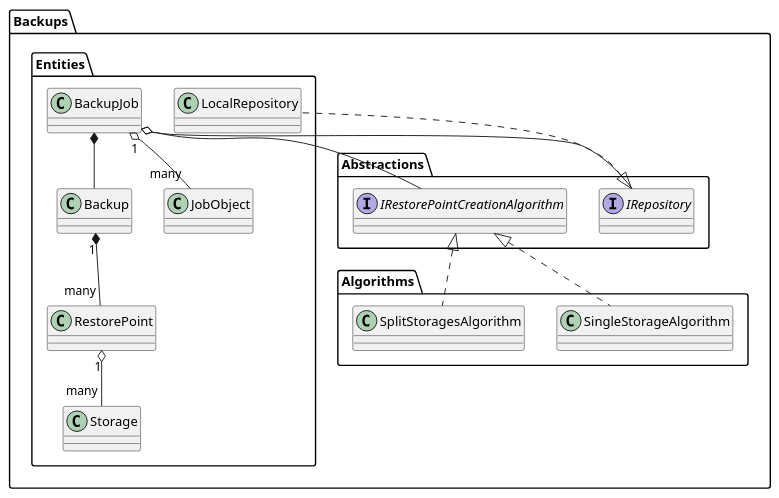
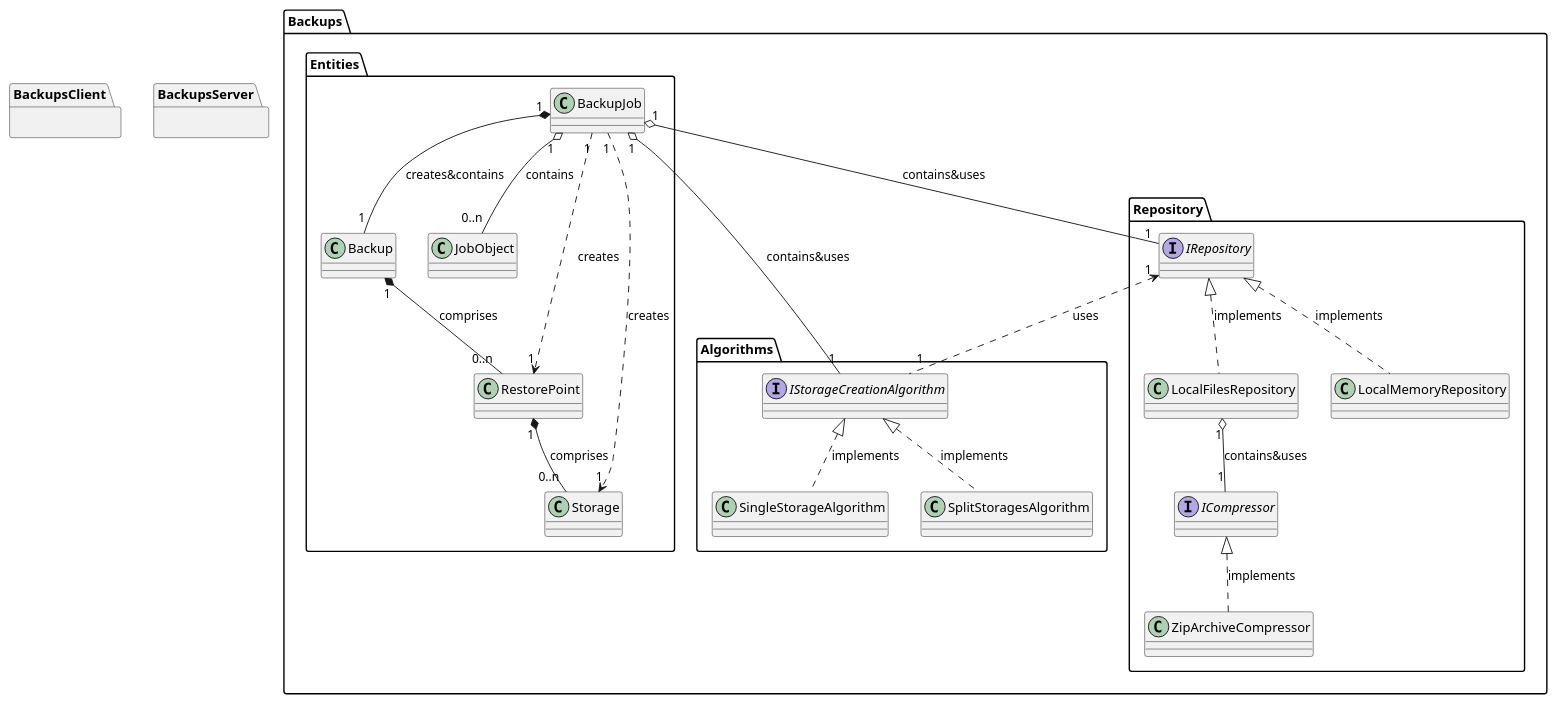
Before and after one commit to JabaJabila/ITMO_OOP_Labs: the diagram in Backups/Docs/BackupsClasses.puml, drawn with PlantUML. The commit also changed 14 other files, not shown here.

Commit message:
feat: add backups server and client

```diff
--- a/Backups/Docs/BackupsClasses.puml
+++ b/Backups/Docs/BackupsClasses.puml
@@ -1,75 +1,100 @@
 @startuml
 'https://plantuml.com/class-diagram
 
 package Backups
 {
-
     package Entities
     {
         class BackupJob
         {
 
         }
         
         class Backup
         {
         
         }
         
         class JobObject 
         {
         
         }
         
         class RestorePoint
         {
         
         }
         
         class Storage
         {
         
         }
-        
-        class LocalRepository
+    }
+    
+    package Algorithms
+    {   
+        interface IStorageCreationAlgorithm
         {
         }
-
-        BackupJob "1" o-- "many" JobObject
-        BackupJob *-- Backup
-        Backup "1" *-- "many" RestorePoint
-        RestorePoint "1" o-- "many" Storage
-    }
-    package Algorithms
-    {   
+        
         class SingleStorageAlgorithm 
         {
         }
         
         class SplitStoragesAlgorithm
         {
         }
     }
-
-    package Abstractions
+    
+    package Repository
     {
-        interface IRestorePointCreationAlgorithm
-        {
-        }
-                
         interface IRepository
         {
         }
         
+        interface ICompressor
+        {
+        }
         
+        class LocalFilesRepository
+        {
+        }
         
-        IRepository <|.. LocalRepository
-        BackupJob o-- IRepository
-        IRestorePointCreationAlgorithm <|.. SingleStorageAlgorithm
-        IRestorePointCreationAlgorithm <|.. SplitStoragesAlgorithm
-        BackupJob o-- IRestorePointCreationAlgorithm
+        class LocalMemoryRepository
+        {
+        }
+        
+        class ZipArchiveCompressor
+        {
+        }
     }
 
+        
+    BackupJob "1" o-- "0..n" JobObject: contains
+    BackupJob "1" *-- "1" Backup: creates&contains
+    BackupJob "1" ..> "1" RestorePoint: creates
+    BackupJob "1" ..> "1" Storage: creates
+    BackupJob "1" o-- "1" IRepository: contains&uses
+    BackupJob "1" o-- "1" IStorageCreationAlgorithm: contains&uses
+    Backup "1" *-- "0..n" RestorePoint: comprises
+    RestorePoint "1" *-- "0..n" Storage: comprises
+    
+    IRepository "1" <.. "1" IStorageCreationAlgorithm: uses
+    IRepository <|.. LocalFilesRepository: implements
+    IRepository <|.. LocalMemoryRepository: implements
+    ICompressor <|.. ZipArchiveCompressor: implements
+    LocalFilesRepository "1" o-- "1" ICompressor: contains&uses
+    
+    IStorageCreationAlgorithm <|.. SingleStorageAlgorithm: implements
+    IStorageCreationAlgorithm <|.. SplitStoragesAlgorithm: implements 
+}
+
+package BackupsClient
+{
+}
+
+package BackupsServer
+{
 }
 
 @enduml
```
